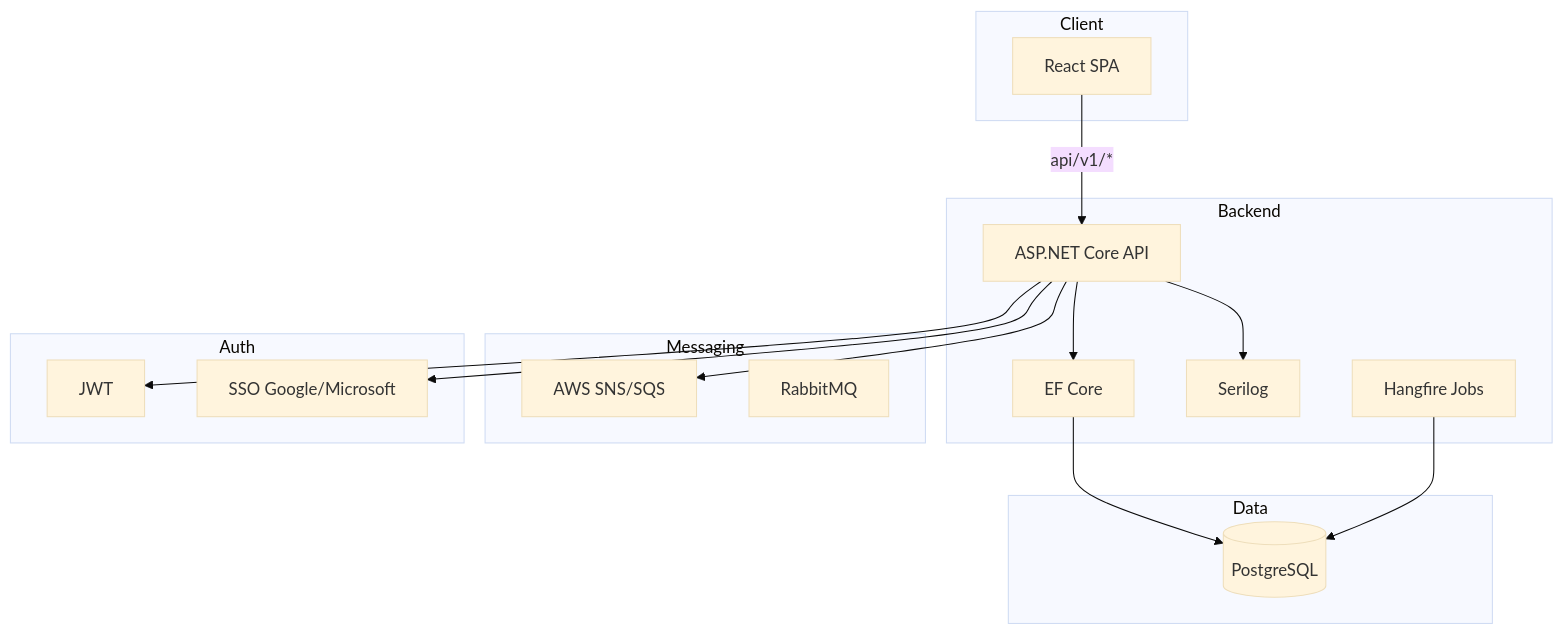
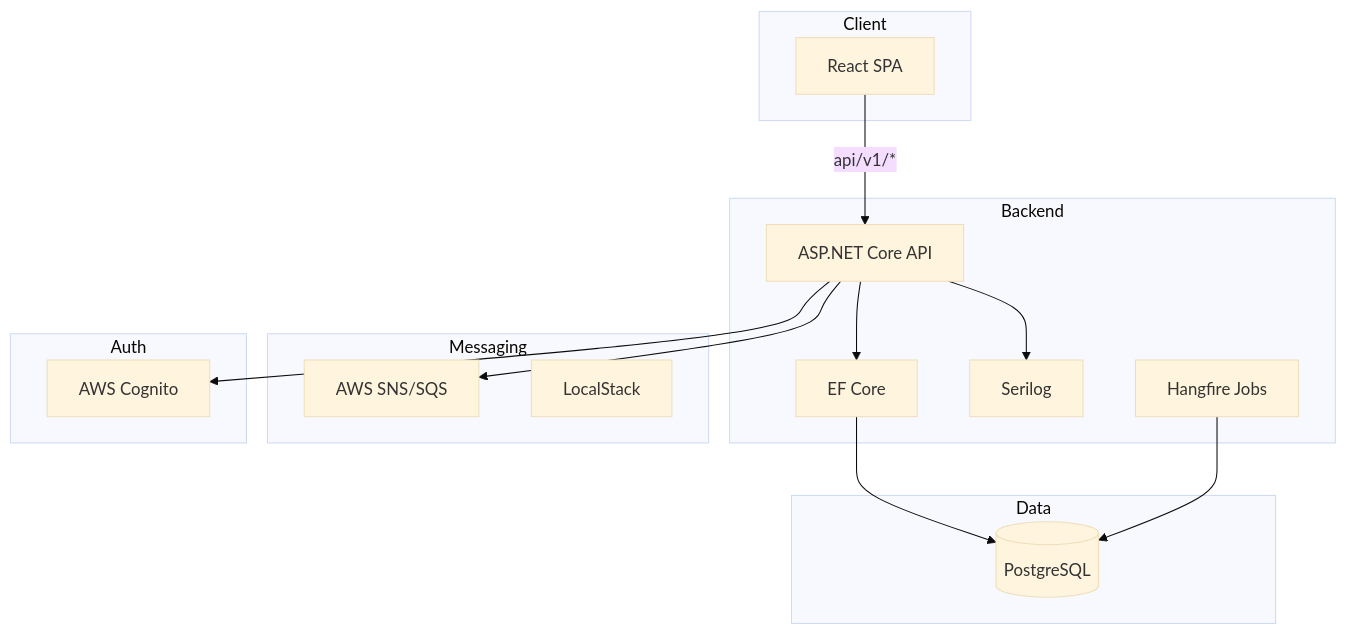
Before and after one commit to Ahmed-Shehzad/MIRA: the first of 2 diagrams in docs/approach.md, drawn with Mermaid (base theme). The commit also changed other lines of this file and 188 other files, not shown here.

````diff
--- a/docs/approach.md
+++ b/docs/approach.md
@@ -84,36 +88,34 @@
 ```mermaid
 flowchart TB
     subgraph Client [Client]
         Browser[React SPA]
     end
 
     subgraph Backend [Backend]
         API[ASP.NET Core API]
         EF[EF Core]
         Serilog[Serilog]
         Hangfire[Hangfire Jobs]
     end
 
     subgraph Data [Data]
         PG[(PostgreSQL)]
     end
 
     subgraph Messaging [Messaging]
         SNS[AWS SNS/SQS]
-        RMQ[RabbitMQ]
+        LS[LocalStack]
     end
 
     subgraph Auth [Auth]
-        JWT[JWT]
-        SSO[SSO Google/Microsoft]
+        Cognito[AWS Cognito]
     end
 
     Browser -->|"api/v1/*"| API
     API --> EF
     API --> Serilog
     API --> SNS
     EF --> PG
     Hangfire --> PG
-    API --> JWT
-    API --> SSO
+    API --> Cognito
 ```
````
